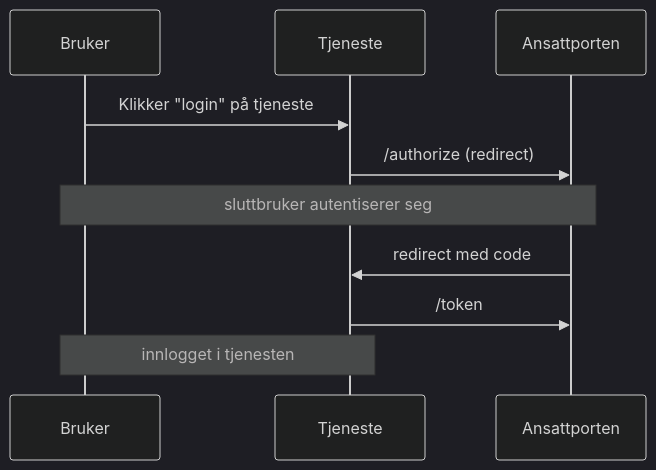
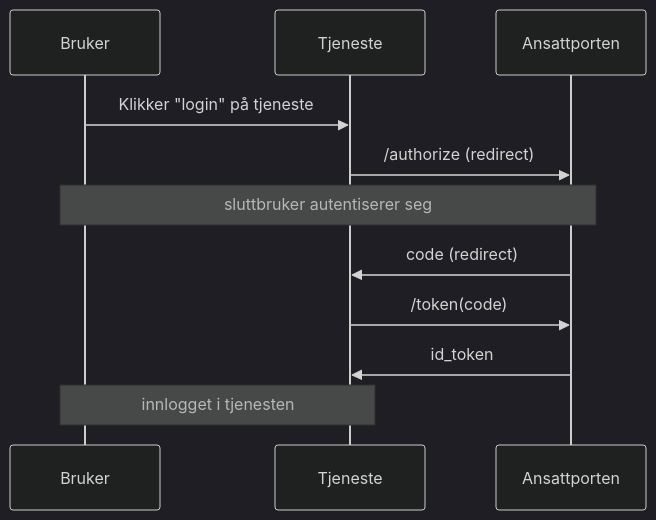
One commit to joergenb/docs changed the diagram in _docs/ansattporten/ansattporten_guide.md. Above: the diagram before and after it, drawn with Mermaid (dark theme). The commit also changed other lines of this file and 3 other files, not shown here.

```diff
--- a/_docs/ansattporten/ansattporten_guide.md
+++ b/_docs/ansattporten/ansattporten_guide.md
@@ -42,15 +32,16 @@
 <div class="mermaid">
 sequenceDiagram
 
 participant B as Bruker
 participant C as Tjeneste
 participant A as Ansattporten
 
 B->>C: Klikker "login" på tjeneste
 C->>A: /authorize (redirect)
 note over B, A: sluttbruker autentiserer seg
-A->>C: redirect med code
-C->>A: /token  
+A->>C: code (redirect)
+C->>A: /token(code)
+A->>C: id_token
 note over B,C: innlogget i tjenesten
 
 </div>
```
